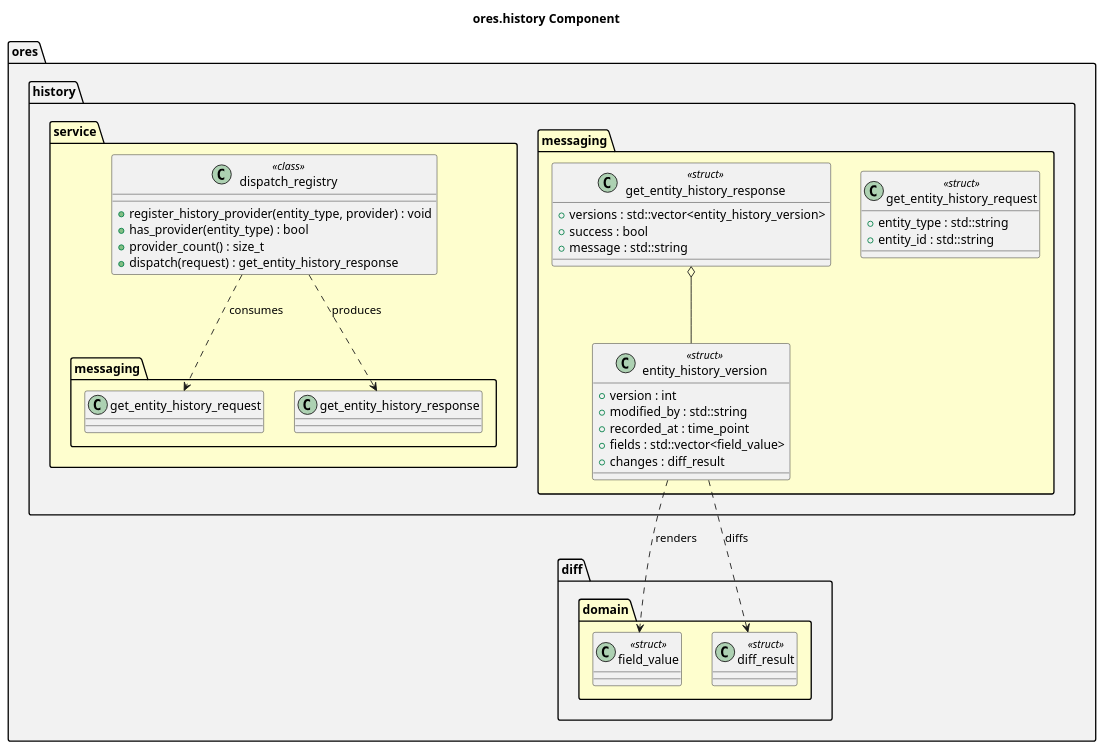
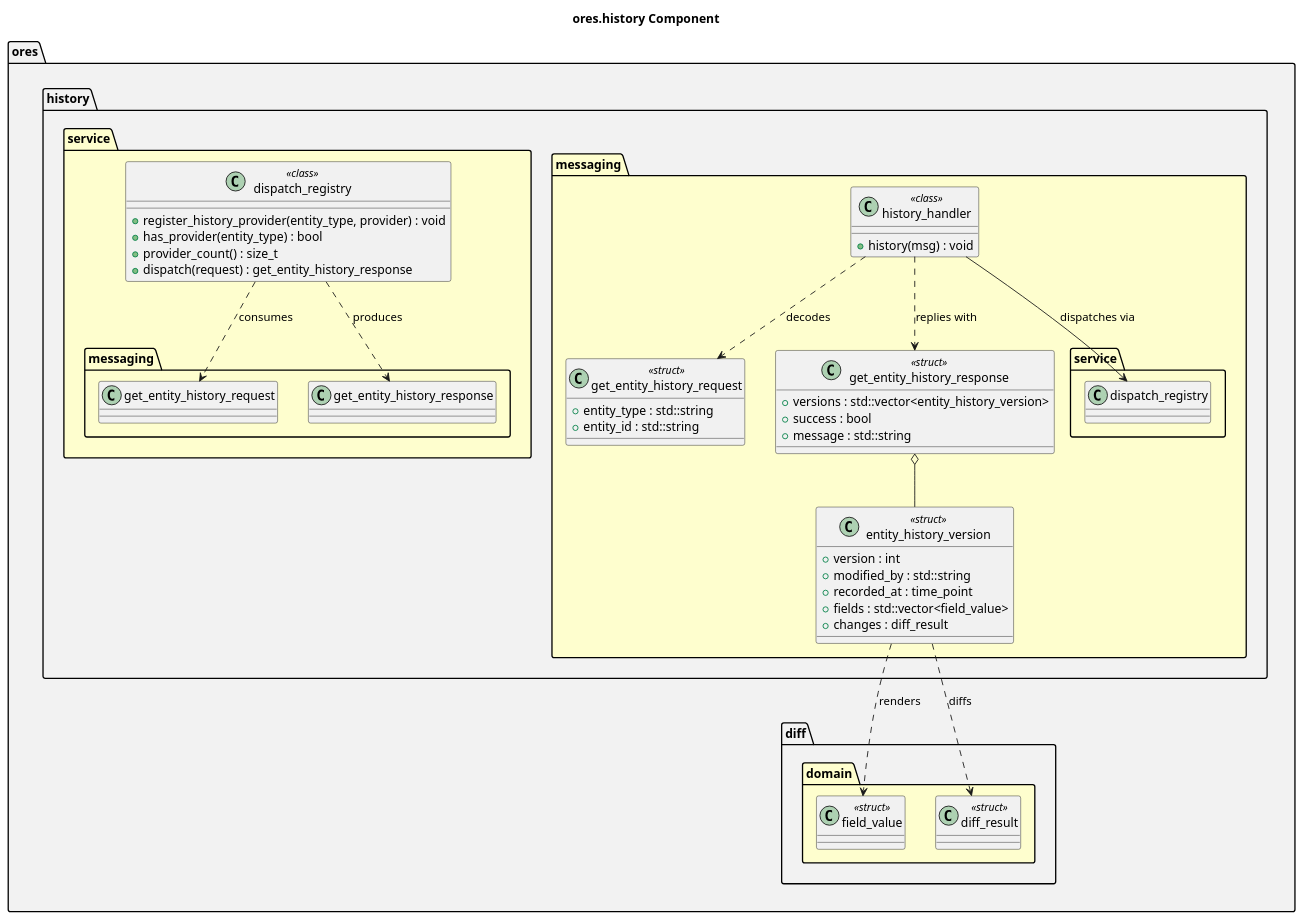
One commit to OreStudio/OreStudio changed the diagram in projects/ores.history/modeling/ores.history.puml. Above: the diagram before and after it, drawn with PlantUML. The commit also changed 6 other files, not shown here.

First line of the commit message:
[history] Add history_handler and single-subject registrar

```diff
--- a/projects/ores.history/modeling/ores.history.puml
+++ b/projects/ores.history/modeling/ores.history.puml
@@ -18,49 +18,63 @@
 @startuml
 
 title ores.history Component
 
 set namespaceSeparator ::
 
 namespace ores #F2F2F2 {
     namespace diff #F2F2F2 {
         namespace domain #FEFECE {
             class field_value <<struct>>
             class diff_result <<struct>>
         }
     }
     namespace history #F2F2F2 {
         namespace messaging #FEFECE {
             class get_entity_history_request <<struct>> {
                 +entity_type : std::string
                 +entity_id : std::string
             }
             class get_entity_history_response <<struct>> {
                 +versions : std::vector<entity_history_version>
                 +success : bool
                 +message : std::string
             }
             class entity_history_version <<struct>> {
                 +version : int
                 +modified_by : std::string
                 +recorded_at : time_point
                 +fields : std::vector<field_value>
                 +changes : diff_result
             }
             get_entity_history_response o-- entity_history_version
             entity_history_version ..> ores::diff::domain::field_value : renders
             entity_history_version ..> ores::diff::domain::diff_result : diffs
         }
         namespace service #FEFECE {
             class dispatch_registry <<class>> {
                 +register_history_provider(entity_type, provider) : void
                 +has_provider(entity_type) : bool
                 +provider_count() : size_t
                 +dispatch(request) : get_entity_history_response
             }
             dispatch_registry ..> messaging::get_entity_history_request : consumes
             dispatch_registry ..> messaging::get_entity_history_response : produces
         }
+        namespace messaging #FEFECE {
+            class history_handler <<class>> {
+                +history(msg) : void
+            }
+            history_handler --> service::dispatch_registry : dispatches via
+            history_handler ..> get_entity_history_request : decodes
+            history_handler ..> get_entity_history_response : replies with
+        }
     }
 }
 
+note right of ores::history::messaging::history_handler
+  register_history_handlers(nats, registry, queue_group)
+  subscribes the single history.v1.get subject to a
+  history_handler backed by the caller-owned registry.
+end note
+
 @enduml
```
